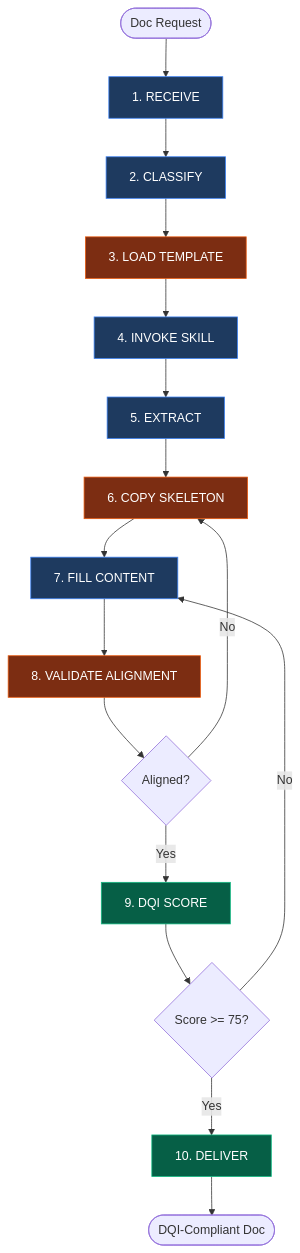
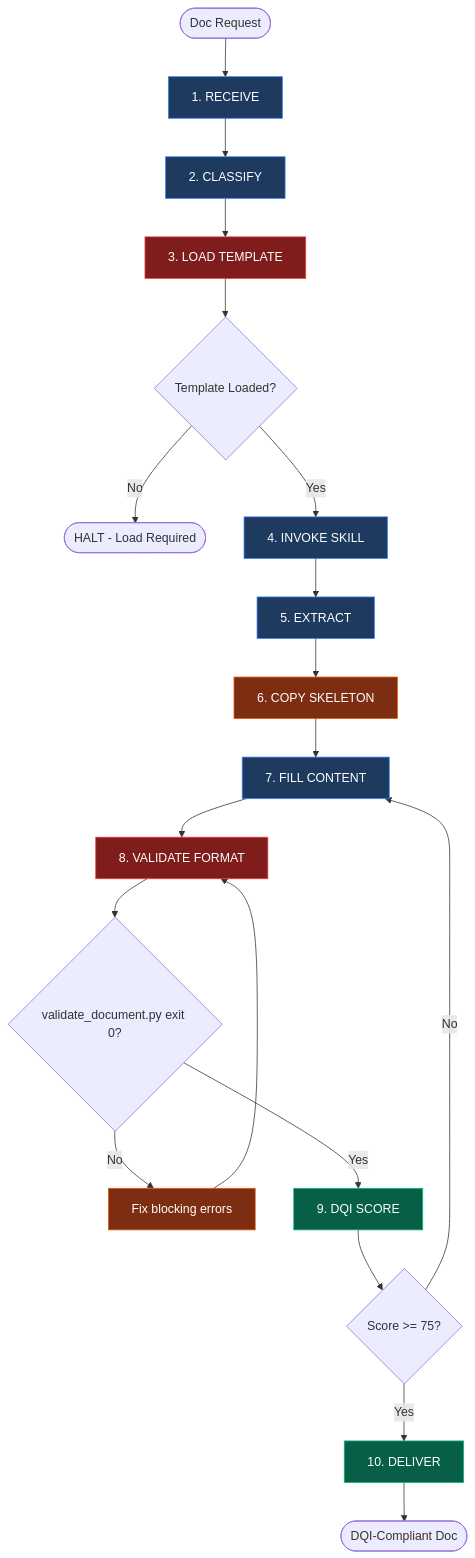
The diagram in .opencode/agent/write.md (MichelKerkmeester/opencode-spec-kit-framework), drawn with Mermaid before and after one commit. The commit also changed other lines of this file and 327 other files, not shown here.

````diff
--- a/.opencode/agent/write.md
+++ b/.opencode/agent/write.md
@@ -78,22 +99,26 @@
 ```mermaid
 flowchart TD
     classDef core fill:#1e3a5f,stroke:#3b82f6,color:#fff
     classDef template fill:#7c2d12,stroke:#ea580c,color:#fff
     classDef verify fill:#065f46,stroke:#10b981,color:#fff
+    classDef gate fill:#7f1d1d,stroke:#ef4444,color:#fff
 
     START([Doc Request]) --> R1[1. RECEIVE]:::core
     R1 --> R2[2. CLASSIFY]:::core
-    R2 --> R3[3. LOAD TEMPLATE]:::template
-    R3 --> R4[4. INVOKE SKILL]:::core
+    R2 --> R3[3. LOAD TEMPLATE]:::gate
+    R3 --> TCHECK{Template Loaded?}
+    TCHECK -->|No| HALT([HALT - Load Required])
+    TCHECK -->|Yes| R4[4. INVOKE SKILL]:::core
     R4 --> R5[5. EXTRACT]:::core
     R5 --> R6[6. COPY SKELETON]:::template
     R6 --> R7[7. FILL CONTENT]:::core
-    R7 --> R8[8. VALIDATE ALIGNMENT]:::template
-    R8 --> CHECK{Aligned?}
-    CHECK -->|No| R6
-    CHECK -->|Yes| R9[9. DQI SCORE]:::verify
+    R7 --> R8[8. VALIDATE FORMAT]:::gate
+    R8 --> VCHECK{validate_document.py exit 0?}
+    VCHECK -->|No| FIX[Fix blocking errors]:::template
+    FIX --> R8
+    VCHECK -->|Yes| R9[9. DQI SCORE]:::verify
     R9 --> BAND{Score >= 75?}
     BAND -->|No| R7
     BAND -->|Yes| R10[10. DELIVER]:::verify
     R10 --> DONE([DQI-Compliant Doc])
 ```
````
